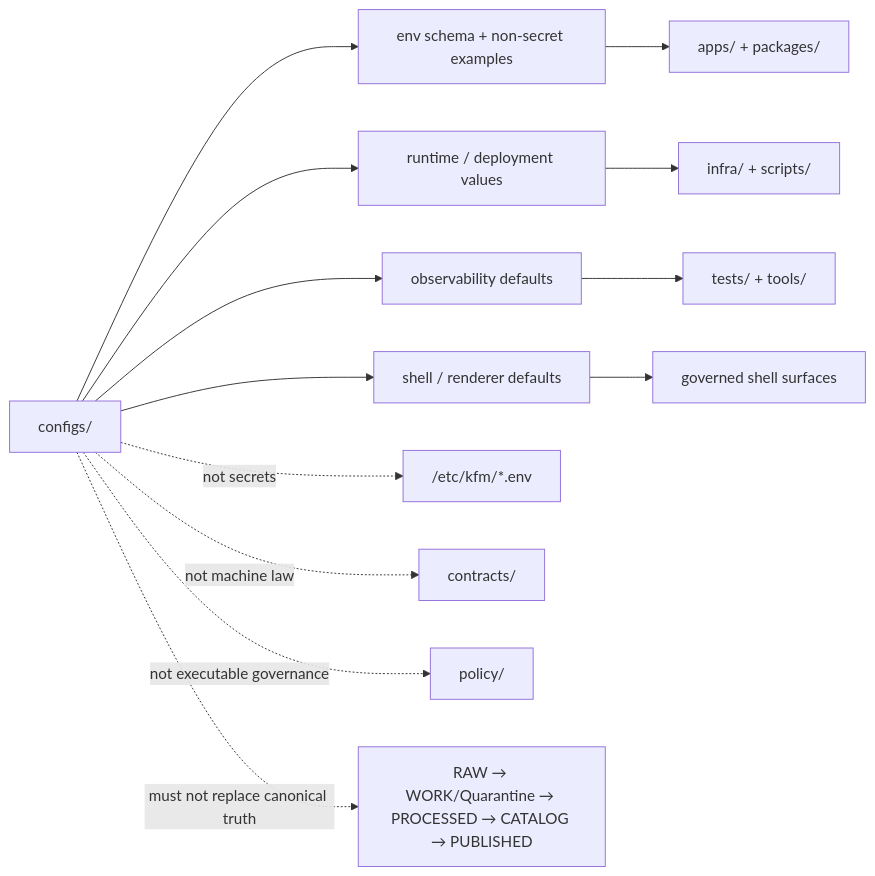
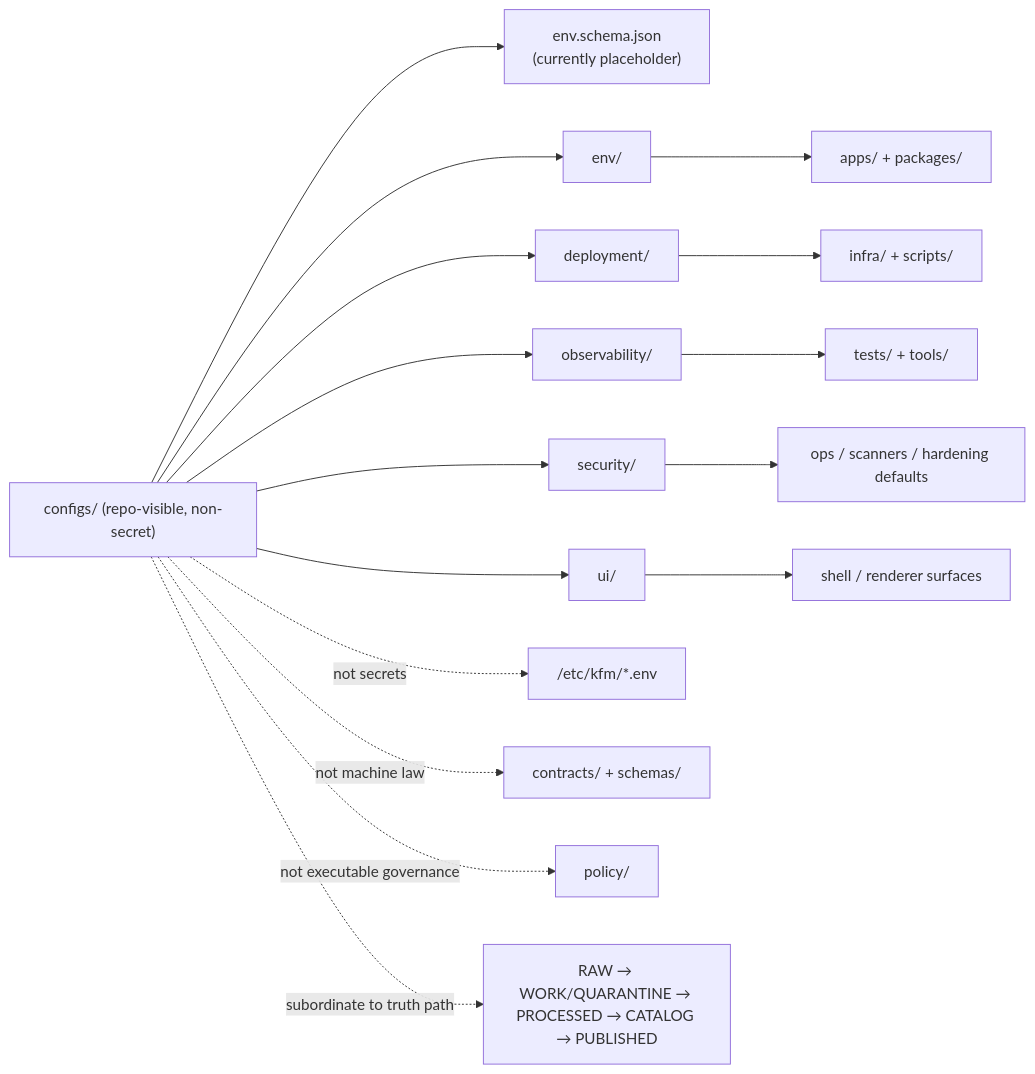
The diagram in configs/README.md (bartytime4life/Kansas-Frontier-Matrix), drawn with Mermaid before and after one commit. The commit also changed other lines of this file, not shown here.

````diff
--- a/configs/README.md
+++ b/configs/README.md
@@ -204,17 +221,22 @@
 ```mermaid
 flowchart LR
-    C["configs/"] --> E["env schema + non-secret examples"]
-    C --> R["runtime / deployment values"]
-    C --> O["observability defaults"]
-    C --> U["shell / renderer defaults"]
+    C["configs/ (repo-visible, non-secret)"]
 
-    E --> A["apps/ + packages/"]
-    R --> I["infra/ + scripts/"]
+    C --> ES["env.schema.json\n(currently placeholder)"]
+    C --> E["env/"]
+    C --> D["deployment/"]
+    C --> O["observability/"]
+    C --> S["security/"]
+    C --> U["ui/"]
+
+    E --> AP["apps/ + packages/"]
+    D --> INF["infra/ + scripts/"]
     O --> T["tests/ + tools/"]
-    U --> S["governed shell surfaces"]
+    U --> SHELL["shell / renderer surfaces"]
+    S --> OPS["ops / scanners / hardening defaults"]
 
-    C -. "not secrets" .-> H["/etc/kfm/*.env"]
-    C -. "not machine law" .-> K["contracts/"]
-    C -. "not executable governance" .-> P["policy/"]
-    C -. "must not replace canonical truth" .-> D["RAW → WORK/Quarantine → PROCESSED → CATALOG → PUBLISHED"]
+    C -. "not secrets" .-> HOST["/etc/kfm/*.env"]
+    C -. "not machine law" .-> LAW["contracts/ + schemas/"]
+    C -. "not executable governance" .-> POLICY["policy/"]
+    C -. "subordinate to truth path" .-> FLOW["RAW → WORK/QUARANTINE → PROCESSED → CATALOG → PUBLISHED"]
 ```
````
